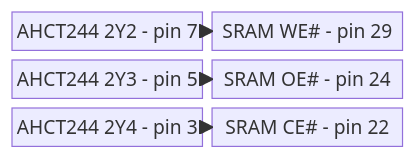
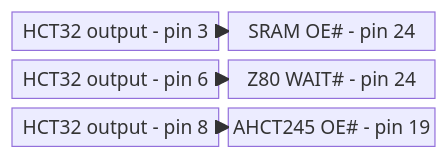
Before and after one commit to gloveboxes/Z80ROMlessSBC: the second of 2 diagrams in docs/docs/en/hardware/output-buffer.md, drawn with Mermaid. The commit also changed other lines of this file and 91 other files, not shown here.

````diff
--- a/docs/docs/en/hardware/output-buffer.md
+++ b/docs/docs/en/hardware/output-buffer.md
@@ -92,10 +51,10 @@
 ```mermaid
 block-beta
-	columns 2
-	BWE["AHCT244 2Y2 - pin 7"] RWE["SRAM WE# - pin 29"]
-	BOE["AHCT244 2Y3 - pin 5"] ROE["SRAM OE# - pin 24"]
-	BCE["AHCT244 2Y4 - pin 3"] RCE["SRAM CE# - pin 22"]
-	BWE --> RWE
-	BOE --> ROE
-	BCE --> RCE
+  columns 2
+  H3["HCT32 output - pin 3"] R24["SRAM OE# - pin 24"]
+  H6["HCT32 output - pin 6"] Z24["Z80 WAIT# - pin 24"]
+  H8["HCT32 output - pin 8"] U19["AHCT245 OE# - pin 19"]
+  H3 --> R24
+  H6 --> Z24
+  H8 --> U19
 ```
````
